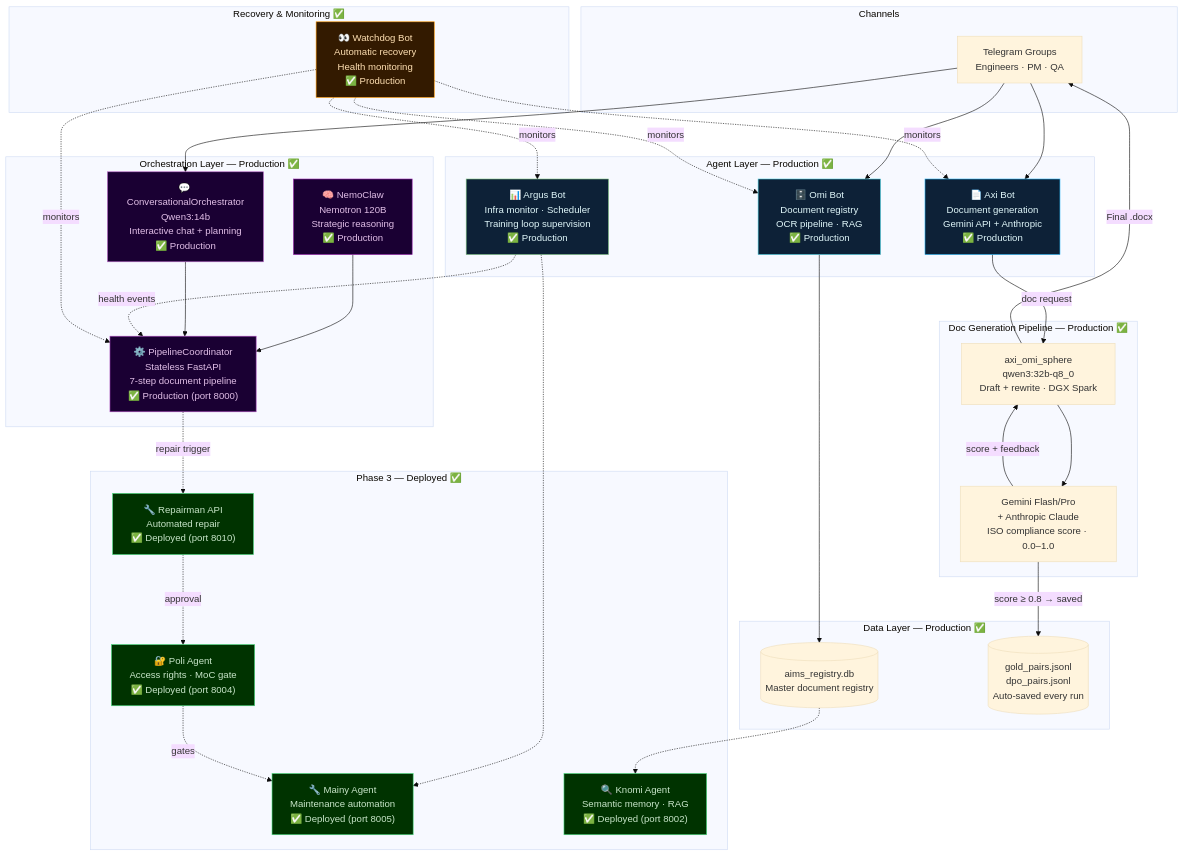
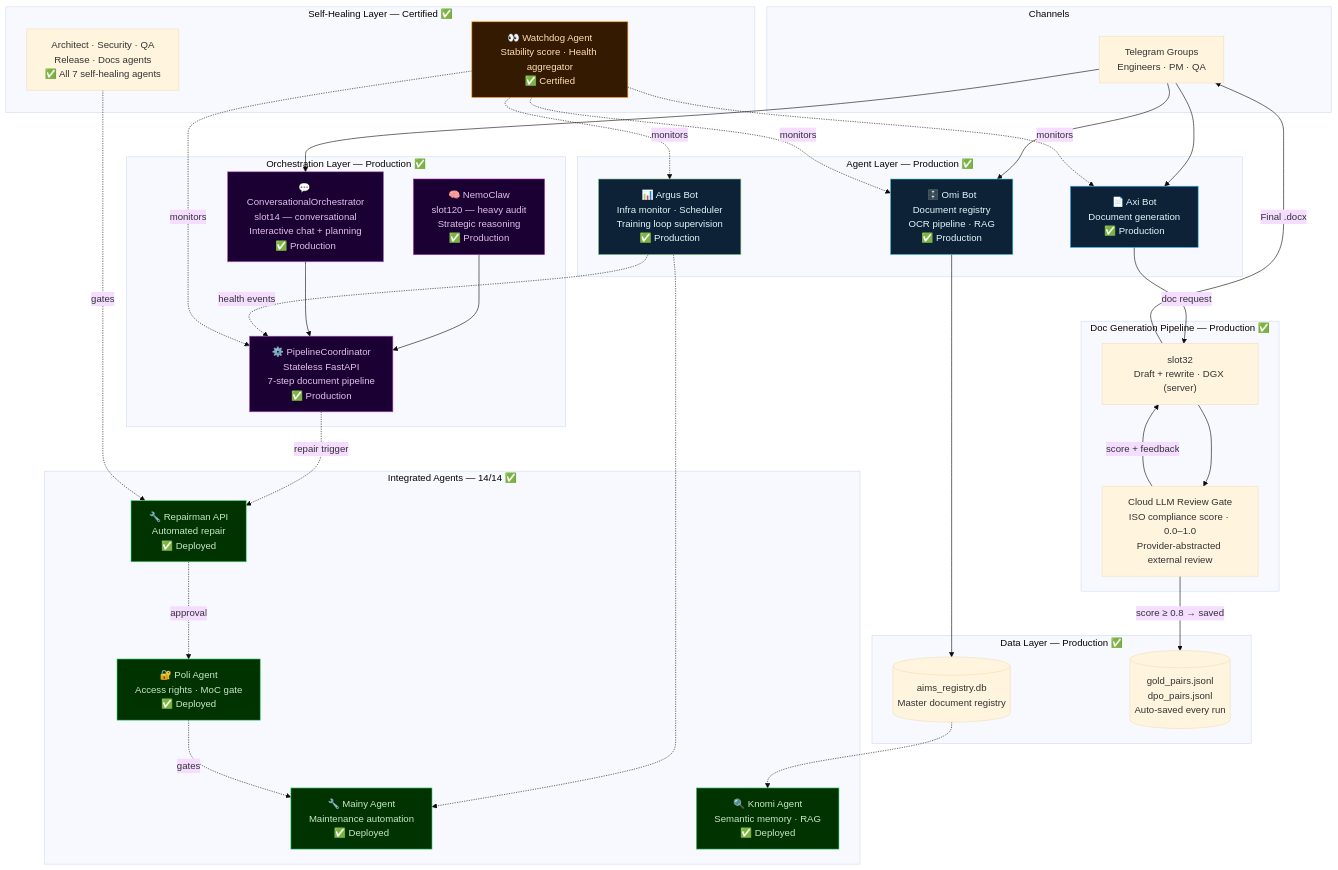
Before and after one commit to AxiOMSphereAssistanceAIMS/AxiOMSphere: the first of 12 diagrams in README.md, drawn with Mermaid (base theme). The commit also changed other lines of this file, not shown here.

````diff
--- a/README.md
+++ b/README.md
@@ -150,67 +183,69 @@
 ```mermaid
 flowchart TB
     subgraph Channels
         TG["Telegram Groups\nEngineers · PM · QA"]
     end
 
     subgraph "Agent Layer — Production ✅"
-        Axi["📄 Axi Bot\nDocument generation\nGemini API + Anthropic\n✅ Production"]
+        Axi["📄 Axi Bot\nDocument generation\n✅ Production"]
         Omi["🗄️ Omi Bot\nDocument registry\nOCR pipeline · RAG\n✅ Production"]
         Argus["📊 Argus Bot\nInfra monitor · Scheduler\nTraining loop supervision\n✅ Production"]
     end
 
     subgraph "Orchestration Layer — Production ✅"
-        NemoClaw["🧠 NemoClaw\nNemotron 120B\nStrategic reasoning\n✅ Production"]
-        PipelineCoord["⚙️ PipelineCoordinator\nStateless FastAPI\n7-step document pipeline\n✅ Production (port 8000)"]
-        ConvOrch["💬 ConversationalOrchestrator\nQwen3:14b\nInteractive chat + planning\n✅ Production"]
+        NemoClaw["🧠 NemoClaw\nslot120 — heavy audit\nStrategic reasoning\n✅ Production"]
+        PipelineCoord["⚙️ PipelineCoordinator\nStateless FastAPI\n7-step document pipeline\n✅ Production"]
+        ConvOrch["💬 ConversationalOrchestrator\nslot14 — conversational\nInteractive chat + planning\n✅ Production"]
     end
 
     subgraph "Doc Generation Pipeline — Production ✅"
-        Qwen["axi_omi_sphere\nqwen3:32b-q8_0\nDraft + rewrite · DGX Spark"]
-        Gemini["Gemini Flash/Pro\n+ Anthropic Claude\nISO compliance score · 0.0–1.0"]
+        Qwen["slot32\nDraft + rewrite · DGX (server)"]
+        CloudGate["Cloud LLM Review Gate\nISO compliance score · 0.0–1.0\nProvider-abstracted external review"]
     end
 
     subgraph "Data Layer — Production ✅"
         AR[("aims_registry.db\nMaster document registry")]
         TRN[("gold_pairs.jsonl\ndpo_pairs.jsonl\nAuto-saved every run")]
     end
 
-    subgraph "Phase 3 — Deployed ✅"
-        NL["🔐 Poli Agent\nAccess rights · MoC gate\n✅ Deployed (port 8004)"]
-        NM["🔧 Mainy Agent\nMaintenance automation\n✅ Deployed (port 8005)"]
-        NR["🔍 Knomi Agent\nSemantic memory · RAG\n✅ Deployed (port 8002)"]
-        Repairman["🔧 Repairman API\nAutomated repair\n✅ Deployed (port 8010)"]
+    subgraph "Integrated Agents — 14/14 ✅"
+        NL["🔐 Poli Agent\nAccess rights · MoC gate\n✅ Deployed"]
+        NM["🔧 Mainy Agent\nMaintenance automation\n✅ Deployed"]
+        NR["🔍 Knomi Agent\nSemantic memory · RAG\n✅ Deployed"]
+        Repairman["🔧 Repairman API\nAutomated repair\n✅ Deployed"]
     end
 
-    subgraph "Recovery & Monitoring ✅"
-        Watchdog["👀 Watchdog Bot\nAutomatic recovery\nHealth monitoring\n✅ Production"]
+    subgraph "Self-Healing Layer — Certified ✅"
+        Watchdog["👀 Watchdog Agent\nStability score · Health aggregator\n✅ Certified"]
+        SH["Architect · Security · QA\nRelease · Docs agents\n✅ All 7 self-healing agents"]
     end
 
     TG --> Axi & Omi & ConvOrch
     NemoClaw --> PipelineCoord
     ConvOrch --> PipelineCoord
-    Axi -->|"doc request"| Qwen --> Gemini
-    Gemini -->|"score + feedback"| Qwen
+    Axi -->|"doc request"| Qwen --> CloudGate
+    CloudGate -->|"score + feedback"| Qwen
     Qwen -->|"Final .docx"| TG
-    Gemini -->|"score ≥ 0.8 → saved"| TRN
+    CloudGate -->|"score ≥ 0.8 → saved"| TRN
     Omi --> AR
     Argus -.->|"health events"| PipelineCoord
     PipelineCoord -.->|"repair trigger"| Repairman
     Repairman -.->|"approval"| NL
     AR -.-> NR
     Argus -.-> NM
     NL -.->|"gates"| NM
     Watchdog -.->|"monitors"| Axi & Omi & Argus & PipelineCoord
+    SH -.->|"gates"| Repairman
 
     style Axi fill:#0d2137,stroke:#29b6f6,color:#e0f7fa
     style Omi fill:#0d2137,stroke:#4dd0e1,color:#e0f7fa
     style Argus fill:#0d2137,stroke:#81c784,color:#e0f7fa
     style NemoClaw fill:#1a0033,stroke:#9c27b0,color:#e1bee7
     style PipelineCoord fill:#1a0033,stroke:#ab47bc,color:#e1bee7
     style ConvOrch fill:#1a0033,stroke:#ba68c8,color:#e1bee7
     style NL fill:#003300,stroke:#4ade80,color:#c8e6c9
     style NM fill:#003300,stroke:#4ade80,color:#c8e6c9
     style NR fill:#003300,stroke:#4ade80,color:#c8e6c9
     style Repairman fill:#003300,stroke:#4ade80,color:#c8e6c9
     style Watchdog fill:#331a00,stroke:#ff9800,color:#ffe0b2
 ```
````
